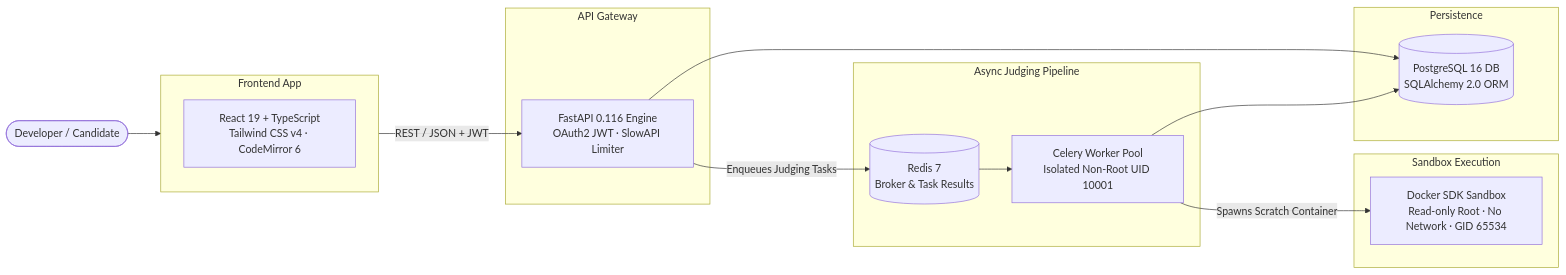
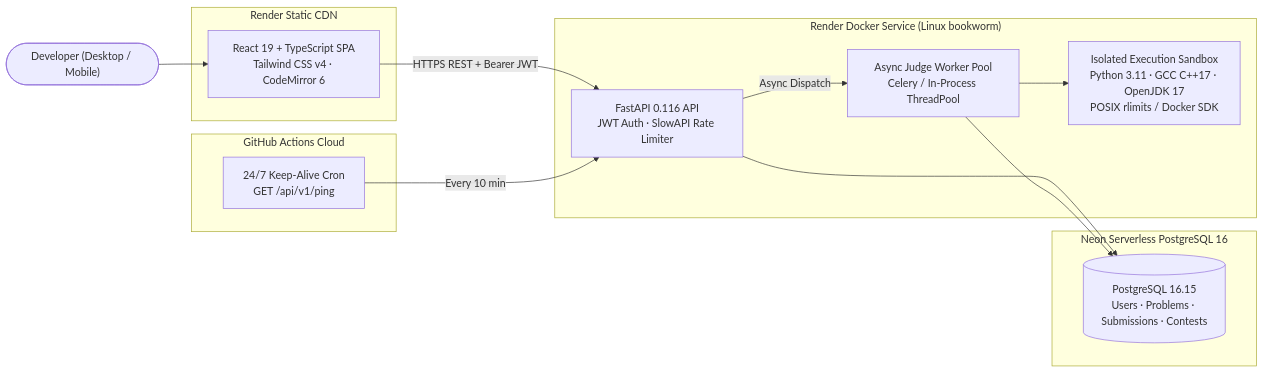
The diagram in README.md (rithvikkaki/JudgeX), drawn with Mermaid before and after one commit. The commit also changed other lines of this file and 8 other files, not shown here.

Commit message:
docs(readme): add live production deployment URLs, 24/7 architecture, and desktop/mobile screenshots

````diff
--- a/README.md
+++ b/README.md
@@ -48,33 +70,30 @@
 ```mermaid
 flowchart LR
-    User(["Developer / Candidate"])
+    User(["Developer (Desktop / Mobile)"])
 
-    subgraph FE["Frontend App"]
-        Vite["React 19 + TypeScript<br/>Tailwind CSS v4 · CodeMirror 6"]
+    subgraph CDN["Render Static CDN"]
+        FE["React 19 + TypeScript SPA<br/>Tailwind CSS v4 · CodeMirror 6"]
     end
 
-    subgraph API_Layer["API Gateway"]
-        FastAPI["FastAPI 0.116 Engine<br/>OAuth2 JWT · SlowAPI Limiter"]
+    subgraph Cloud["Render Docker Service (Linux bookworm)"]
+        FastAPI["FastAPI 0.116 API<br/>JWT Auth · SlowAPI Rate Limiter"]
+        Worker["Async Judge Worker Pool<br/>Celery / In-Process ThreadPool"]
+        Sandbox["Isolated Execution Sandbox<br/>Python 3.11 · GCC C++17 · OpenJDK 17<br/>POSIX rlimits / Docker SDK"]
     end
 
-    subgraph Queue_Layer["Async Judging Pipeline"]
-        Redis[("Redis 7<br/>Broker & Task Results")]
-        Celery["Celery Worker Pool<br/>Isolated Non-Root UID 10001"]
+    subgraph DB["Neon Serverless PostgreSQL 16"]
+        Postgres[("PostgreSQL 16.15<br/>Users · Problems · Submissions · Contests")]
     end
 
-    subgraph Storage["Persistence"]
-        Postgres[("PostgreSQL 16 DB<br/>SQLAlchemy 2.0 ORM")]
-    end
-
-    subgraph Sandbox["Sandbox Execution"]
-        DockerEngine["Docker SDK Sandbox<br/>Read-only Root · No Network · GID 65534"]
+    subgraph Automation["GitHub Actions Cloud"]
+        KeepAlive["24/7 Keep-Alive Cron<br/>GET /api/v1/ping"]
     end
 
     User --> FE
-    FE -->|"REST / JSON + JWT"| FastAPI
+    FE -->|"HTTPS REST + Bearer JWT"| FastAPI
     FastAPI --> Postgres
-    FastAPI -->|"Enqueues Judging Tasks"| Redis
-    Redis --> Celery
-    Celery --> Postgres
-    Celery -->|"Spawns Scratch Container"| DockerEngine
+    FastAPI -->|"Async Dispatch"| Worker
+    Worker --> Sandbox
+    Worker --> Postgres
+    KeepAlive -->|"Every 10 min"| FastAPI
 ```
````
